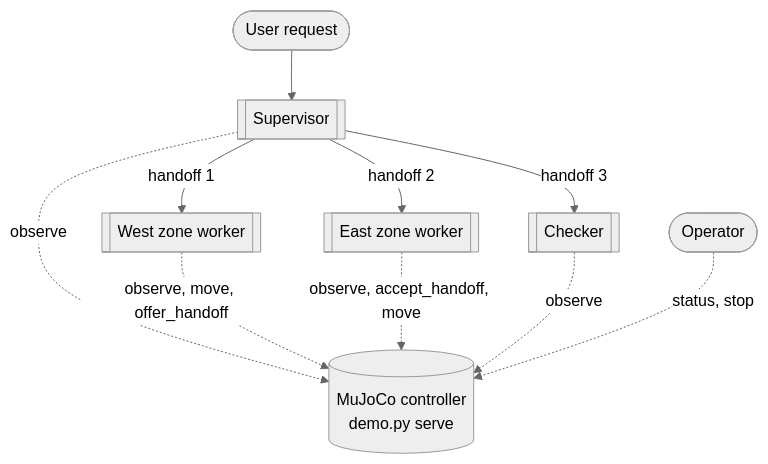
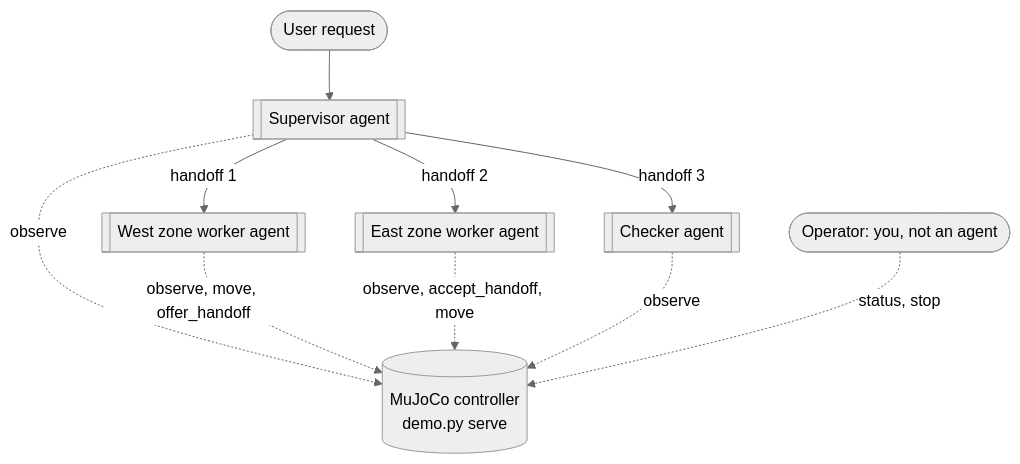
Before and after one commit to awslabs/cli-agent-orchestrator: the second of 3 diagrams in examples/robotics/cross-zone-transport/README.md, drawn with Mermaid (neutral theme). The commit also changed other lines of this file and 3 other files, not shown here.

First line of the commit message:
docs(examples): name each agent with "agent", and say that the operator is not an agent

````diff
--- a/examples/robotics/cross-zone-transport/README.md
+++ b/examples/robotics/cross-zone-transport/README.md
@@ -324,12 +326,12 @@
 ```mermaid
 flowchart TD
-    U(["User request"]) --> S[["Supervisor"]]
-    S -->|"handoff 1"| W[["West zone worker"]]
-    S -->|"handoff 2"| E[["East zone worker"]]
-    S -->|"handoff 3"| C[["Checker"]]
+    U(["User request"]) --> S[["Supervisor agent"]]
+    S -->|"handoff 1"| W[["West zone worker agent"]]
+    S -->|"handoff 2"| E[["East zone worker agent"]]
+    S -->|"handoff 3"| C[["Checker agent"]]
     S -.->|"observe"| M[("MuJoCo controller<br/>demo.py serve")]
     W -.->|"observe, move, offer_handoff"| M
     E -.->|"observe, accept_handoff, move"| M
     C -.->|"observe"| M
-    O(["Operator"]) -.->|"status, stop"| M
+    O(["Operator: you, not an agent"]) -.->|"status, stop"| M
 ```
````
